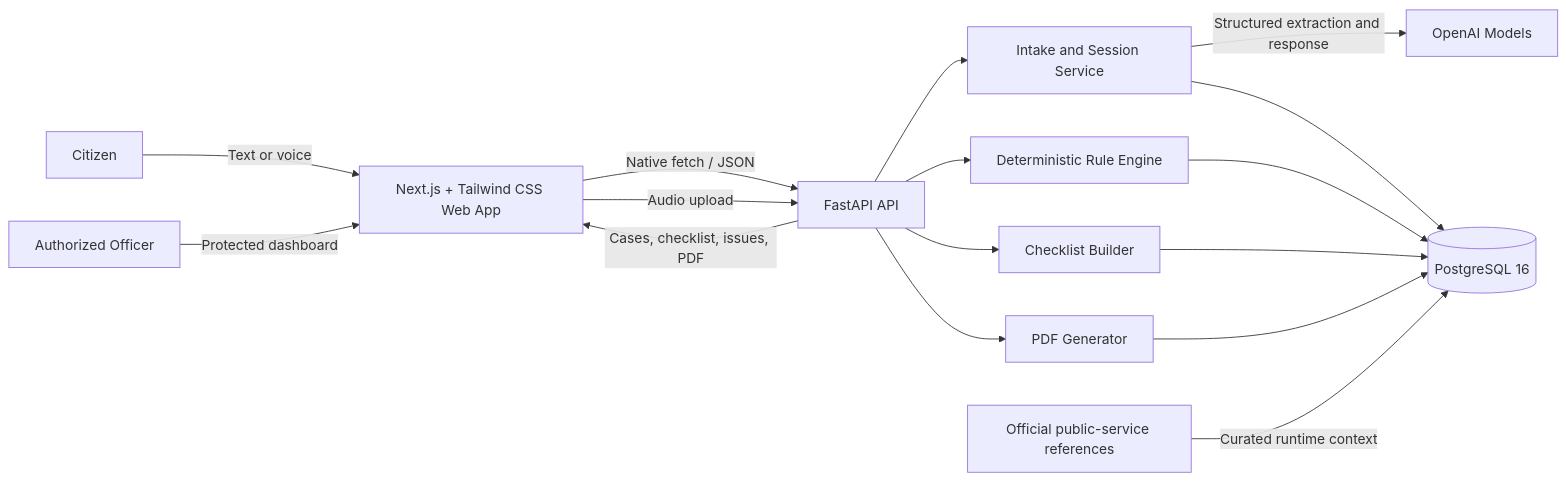
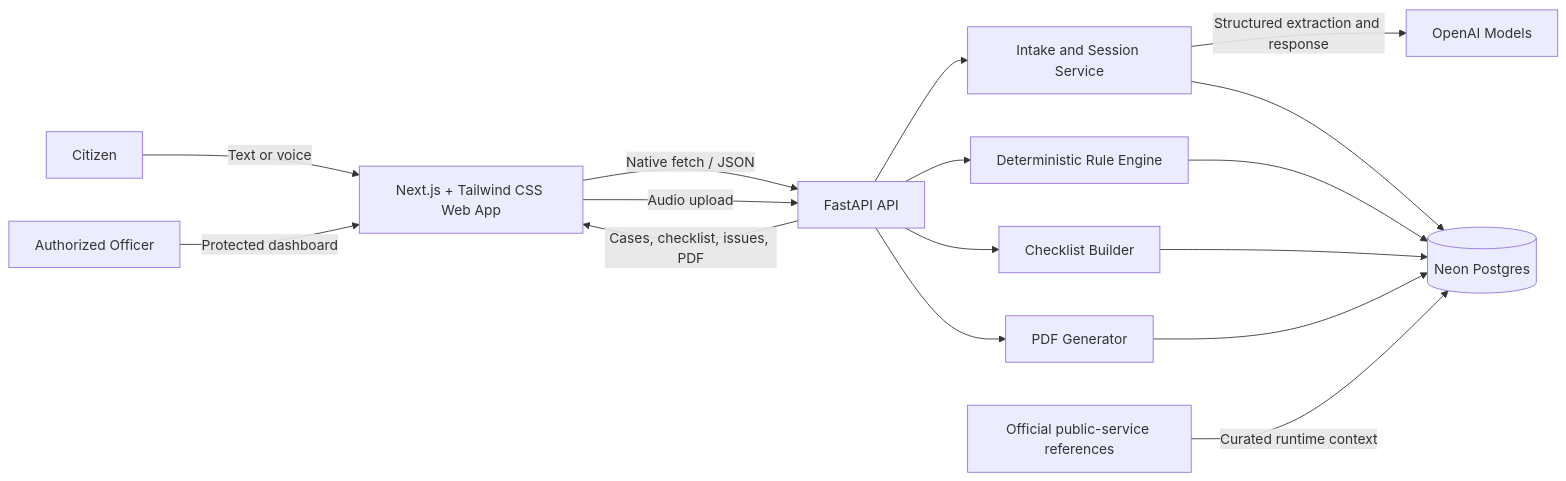
The first of 2 diagrams in README.md (mudotet/AI-guided-public-service-procedures-Lonely-Stone-), drawn with Mermaid before and after one commit. The commit also changed other lines of this file and 8 other files, not shown here.

````diff
--- a/README.md
+++ b/README.md
@@ -49,22 +49,22 @@
 ```mermaid
 flowchart LR
     Citizen[Citizen] -->|Text or voice| Web[Next.js + Tailwind CSS Web App]
     Officer[Authorized Officer] -->|Protected dashboard| Web
 
     Web -->|Native fetch / JSON| API[FastAPI API]
     Web -->|Audio upload| API
 
     API --> Intake[Intake and Session Service]
     API --> Rules[Deterministic Rule Engine]
     API --> Checklist[Checklist Builder]
     API --> PDF[PDF Generator]
 
     Intake -->|Structured extraction and response| OpenAI[OpenAI Models]
-    Rules --> DB[(PostgreSQL 16)]
+    Rules --> DB[(Neon Postgres)]
     Checklist --> DB
     Intake --> DB
     PDF --> DB
 
     Sources[Official public-service references] -->|Curated runtime context| DB
     API -->|Cases, checklist, issues, PDF| Web
 ```
````
